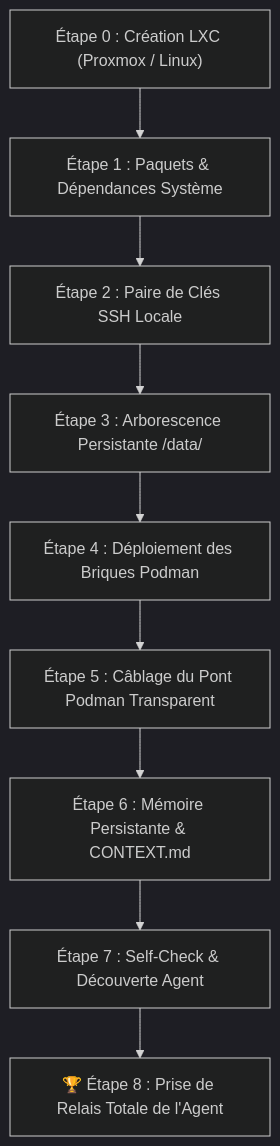
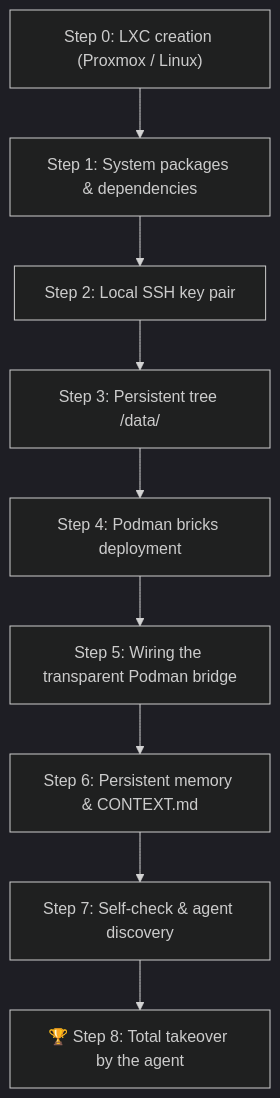
The diagram in software/LXC-CLEAN-SHEET-DEPLOYMENT-STEPS.md (xavdp-pro/SHAPER-OS-V1.14), drawn with Mermaid (dark theme) before and after one commit. The commit also changed other lines of this file, not shown here.

First line of the commit message:
docs(rule-0): the clean-sheet LXC guide speaks English

````diff
--- a/software/LXC-CLEAN-SHEET-DEPLOYMENT-STEPS.md
+++ b/software/LXC-CLEAN-SHEET-DEPLOYMENT-STEPS.md
@@ -26,11 +26,11 @@
 ```mermaid
 flowchart TD
-    S0["Étape 0 : Création LXC (Proxmox / Linux)"] --> S1["Étape 1 : Paquets & Dépendances Système"]
-    S1 --> S2["Étape 2 : Paire de Clés SSH Locale"]
-    S2 --> S3["Étape 3 : Arborescence Persistante /data/"]
-    S3 --> S4["Étape 4 : Déploiement des Briques Podman"]
-    S4 --> S5["Étape 5 : Câblage du Pont Podman Transparent"]
-    S5 --> S6["Étape 6 : Mémoire Persistante & CONTEXT.md"]
-    S6 --> S7["Étape 7 : Self-Check & Découverte Agent"]
-    S7 --> S8["🏆 Étape 8 : Prise de Relais Totale de l'Agent"]
+    S0["Step 0: LXC creation (Proxmox / Linux)"] --> S1["Step 1: System packages & dependencies"]
+    S1 --> S2["Step 2: Local SSH key pair"]
+    S2 --> S3["Step 3: Persistent tree /data/"]
+    S3 --> S4["Step 4: Podman bricks deployment"]
+    S4 --> S5["Step 5: Wiring the transparent Podman bridge"]
+    S5 --> S6["Step 6: Persistent memory & CONTEXT.md"]
+    S6 --> S7["Step 7: Self-check & agent discovery"]
+    S7 --> S8["🏆 Step 8: Total takeover by the agent"]
 ```
````
